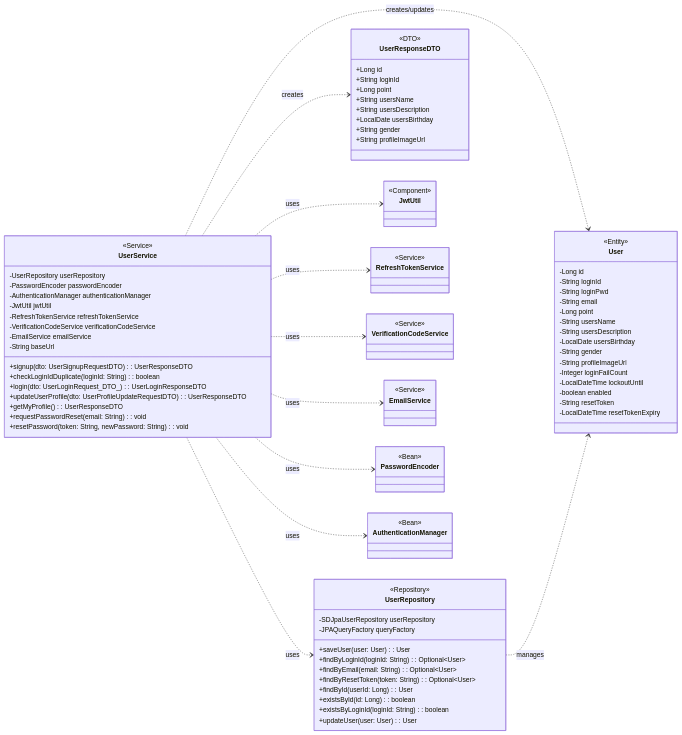
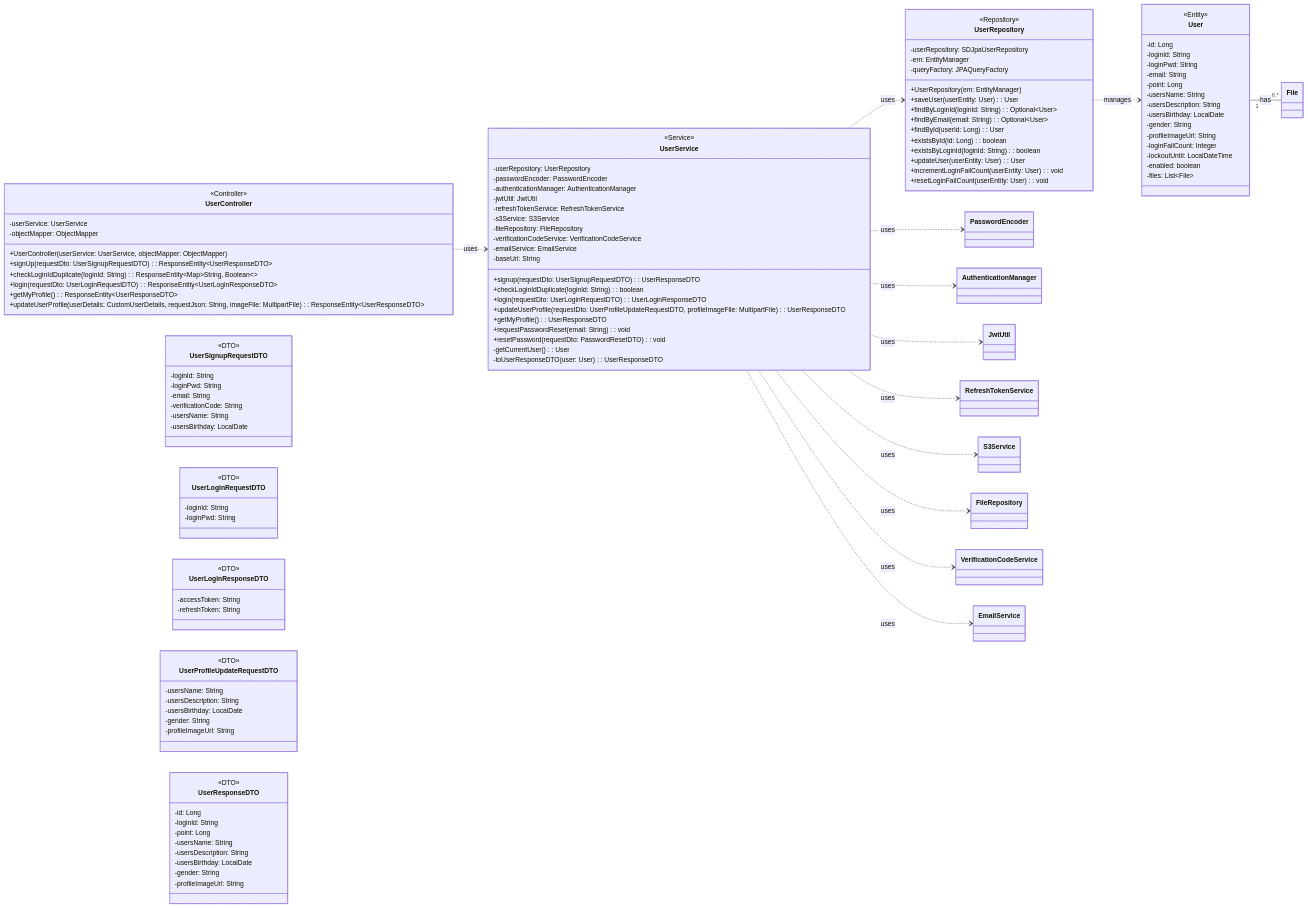
One commit to rororo33/game-s-cord changed the diagram in SDS/classDiagram/userClassDiagram.md. Above: the diagram before and after it, drawn with Mermaid. The commit also changed other lines of this file and 11 other files, not shown here.

Commit message:
feat:classDiagram

````diff
--- a/SDS/classDiagram/userClassDiagram.md
+++ b/SDS/classDiagram/userClassDiagram.md
@@ -4,86 +4,130 @@
 classDiagram
     direction LR
 
+    class UserController {
+        <<Controller>>
+        -userService: UserService
+        -objectMapper: ObjectMapper
+        +UserController(userService: UserService, objectMapper: ObjectMapper)
+        +signUp(requestDto: UserSignupRequestDTO): ResponseEntity~UserResponseDTO~
+        +checkLoginIdDuplicate(loginId: String): ResponseEntity~Map~String, Boolean~~
+        +login(requestDto: UserLoginRequestDTO): ResponseEntity~UserLoginResponseDTO~
+        +getMyProfile(): ResponseEntity~UserResponseDTO~
+        +updateUserProfile(userDetails: CustomUserDetails, requestJson: String, imageFile: MultipartFile): ResponseEntity~UserResponseDTO~
+    }
+
     class UserService {
         <<Service>>
-        -UserRepository userRepository
-        -PasswordEncoder passwordEncoder
-        -AuthenticationManager authenticationManager
-        -JwtUtil jwtUtil
-        -RefreshTokenService refreshTokenService
-        -VerificationCodeService verificationCodeService
-        -EmailService emailService
-        -String baseUrl
-        +signup(dto: UserSignupRequestDTO): UserResponseDTO
+        -userRepository: UserRepository
+        -passwordEncoder: PasswordEncoder
+        -authenticationManager: AuthenticationManager
+        -jwtUtil: JwtUtil
+        -refreshTokenService: RefreshTokenService
+        -s3Service: S3Service
+        -fileRepository: FileRepository
+        -verificationCodeService: VerificationCodeService
+        -emailService: EmailService
+        -baseUrl: String
+        +signup(requestDto: UserSignupRequestDTO): UserResponseDTO
         +checkLoginIdDuplicate(loginId: String): boolean
-        +login(dto: UserLoginRequest_DTO_): UserLoginResponseDTO
-        +updateUserProfile(dto: UserProfileUpdateRequestDTO): UserResponseDTO
+        +login(requestDto: UserLoginRequestDTO): UserLoginResponseDTO
+        +updateUserProfile(requestDto: UserProfileUpdateRequestDTO, profileImageFile: MultipartFile): UserResponseDTO
         +getMyProfile(): UserResponseDTO
         +requestPasswordReset(email: String): void
-        +resetPassword(token: String, newPassword: String): void
+        +resetPassword(requestDto: PasswordResetDTO): void
+        -getCurrentUser(): User
+        -toUserResponseDTO(user: User): UserResponseDTO
     }
 
     class UserRepository {
         <<Repository>>
-        -SDJpaUserRepository userRepository
-        -JPAQueryFactory queryFactory
-        +saveUser(user: User): User
+        -userRepository: SDJpaUserRepository
+        -em: EntityManager
+        -queryFactory: JPAQueryFactory
+        +UserRepository(em: EntityManager)
+        +saveUser(userEntity: User): User
         +findByLoginId(loginId: String): Optional~User~
         +findByEmail(email: String): Optional~User~
-        +findByResetToken(token: String): Optional~User~
         +findById(userId: Long): User
         +existsById(id: Long): boolean
         +existsByLoginId(loginId: String): boolean
-        +updateUser(user: User): User
+        +updateUser(userEntity: User): User
+        +incrementLoginFailCount(userEntity: User): void
+        +resetLoginFailCount(userEntity: User): void
     }
 
     class User {
         <<Entity>>
-        -Long id
-        -String loginId
-        -String loginPwd
-        -String email
-        -Long point
-        -String usersName
-        -String usersDescription
-        -LocalDate usersBirthday
-        -String gender
-        -String profileImageUrl
-        -Integer loginFailCount
-        -LocalDateTime lockoutUntil
-        -boolean enabled
-        -String resetToken
-        -LocalDateTime resetTokenExpiry
+        -id: Long
+        -loginId: String
+        -loginPwd: String
+        -email: String
+        -point: Long
+        -usersName: String
+        -usersDescription: String
+        -usersBirthday: LocalDate
+        -gender: String
+        -profileImageUrl: String
+        -loginFailCount: Integer
+        -lockoutUntil: LocalDateTime
+        -enabled: boolean
+        -files: List~File~
+    }
+    
+    class UserSignupRequestDTO {
+      <<DTO>>
+      -loginId: String
+      -loginPwd: String
+      -email: String
+      -verificationCode: String
+      -usersName: String
+      -usersBirthday: LocalDate
+    }
+    
+    class UserLoginRequestDTO {
+        <<DTO>>
+        -loginId: String
+        -loginPwd: String
+    }
+
+    class UserLoginResponseDTO {
+        <<DTO>>
+        -accessToken: String
+        -refreshToken: String
+    }
+    
+    class UserProfileUpdateRequestDTO {
+        <<DTO>>
+        -usersName: String
+        -usersDescription: String
+        -usersBirthday: LocalDate
+        -gender: String
+        -profileImageUrl: String
     }
 
     class UserResponseDTO {
         <<DTO>>
-        +Long id
-        +String loginId
-        +Long point
-        +String usersName
-        +String usersDescription
-        +LocalDate usersBirthday
-        +String gender
-        +String profileImageUrl
+        -id: Long
+        -loginId: String
+        -point: Long
+        -usersName: String
+        -usersDescription: String
+        -usersBirthday: LocalDate
+        -gender: String
+        -profileImageUrl: String
     }
     
-    class JwtUtil { <<Component>> }
-    class RefreshTokenService { <<Service>> }
-    class VerificationCodeService { <<Service>> }
-    class EmailService { <<Service>> }
-    class PasswordEncoder { <<Bean>> }
-    class AuthenticationManager { <<Bean>> }
-
     %% Relationships
+    UserController ..> UserService : uses
     UserService ..> UserRepository : uses
     UserService ..> PasswordEncoder : uses
     UserService ..> AuthenticationManager : uses
     UserService ..> JwtUtil : uses
     UserService ..> RefreshTokenService : uses
+    UserService ..> S3Service : uses
+    UserService ..> FileRepository : uses
     UserService ..> VerificationCodeService : uses
     UserService ..> EmailService : uses
-    UserService ..> User : creates/updates
-    UserService ..> UserResponseDTO : creates
     UserRepository ..> User : manages
+    User "1" -- "0..*" File : has
 ```
````
